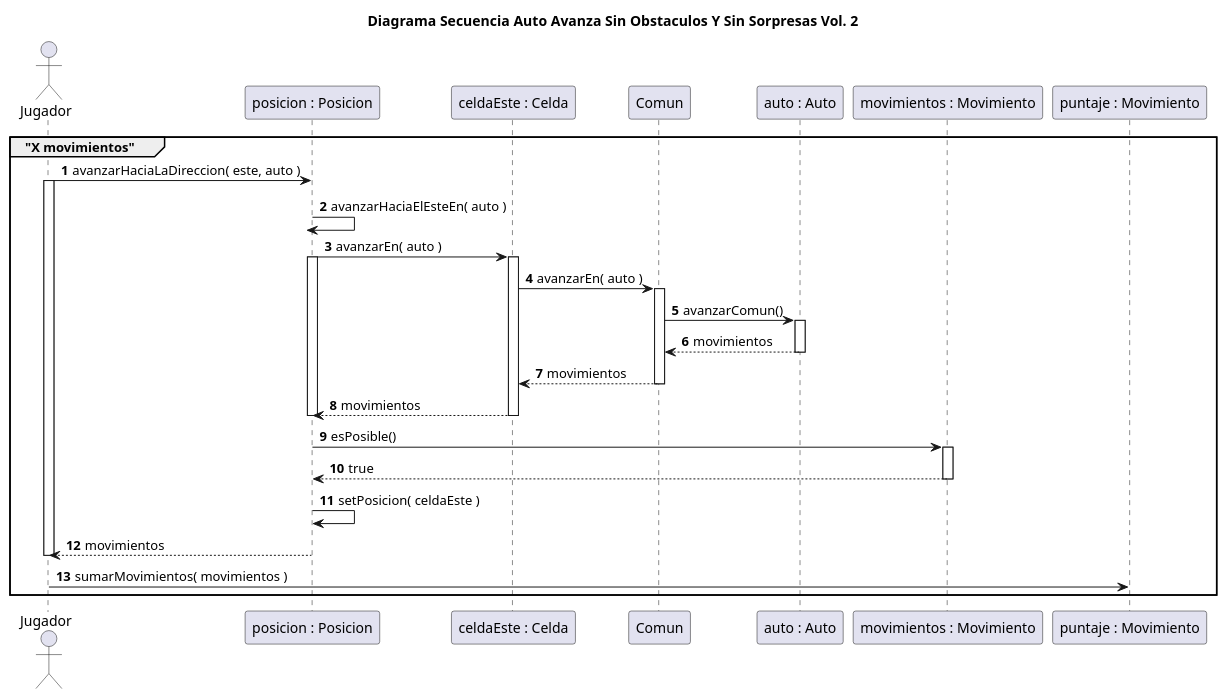
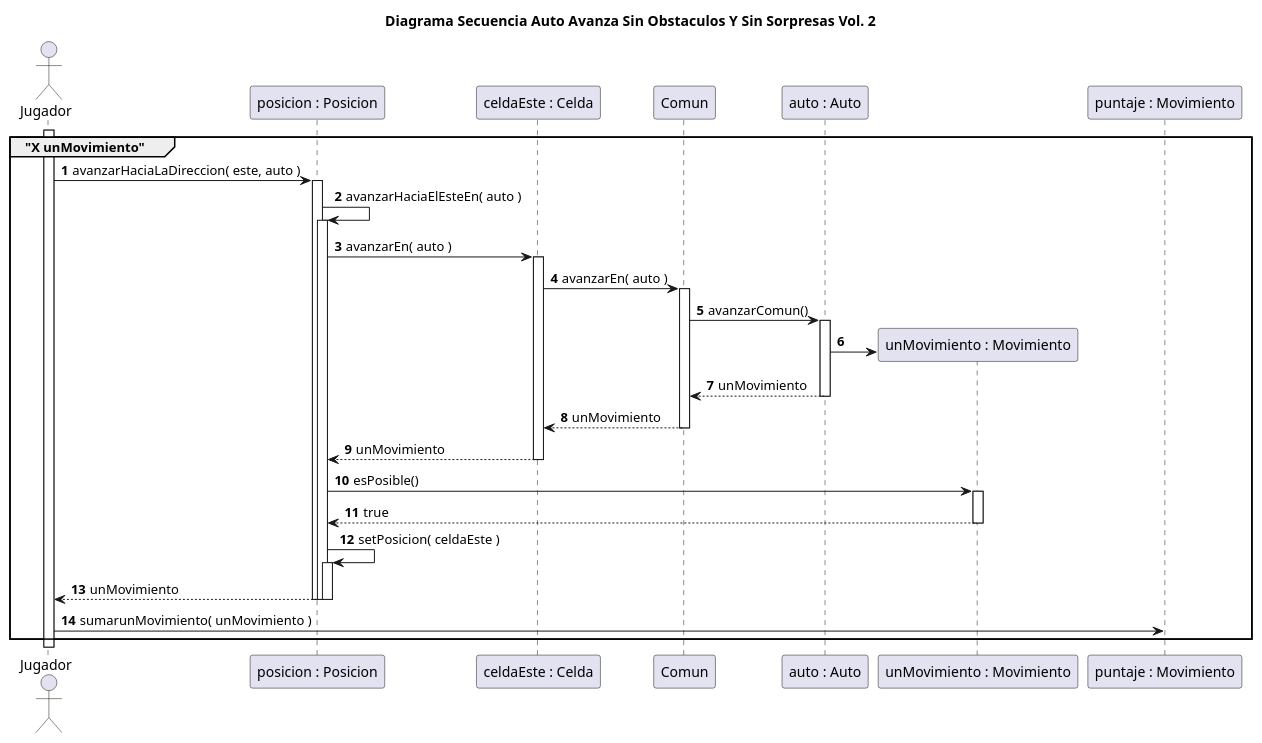
Before and after one commit to rodrigovzq/algo3_tp2: the diagram in diagrams/borradores/DiagramaSequenciaCasoSinObstaculosSinSorpresas_v2.puml, drawn with PlantUML.

Commit message:
Actualizacion Diagrama Secuencia sin obs ni sorpresas

```diff
--- a/diagrams/borradores/DiagramaSequenciaCasoSinObstaculosSinSorpresas_v2.puml
+++ b/diagrams/borradores/DiagramaSequenciaCasoSinObstaculosSinSorpresas_v2.puml
@@ -1,44 +1,45 @@
 @startuml
 title Diagrama Secuencia Auto Avanza Sin Obstaculos Y Sin Sorpresas Vol. 2
 autonumber
 actor Jugador
 
-group "X movimientos"
-Jugador -> "posicion : Posicion": avanzarHaciaLaDireccion( este, auto )
+group "X unMovimiento"
+activate Jugador
 
-activate Jugador
-"posicion : Posicion" -> "posicion : Posicion": avanzarHaciaElEsteEn( auto )
+Jugador -> "posicion : Posicion"++: avanzarHaciaLaDireccion( este, auto )
 
-deactivate "posicion : Posicion"
+"posicion : Posicion" -> "posicion : Posicion"++: avanzarHaciaElEsteEn( auto )
+
 "posicion : Posicion" -> "celdaEste : Celda"++: avanzarEn( auto )
 
-activate "posicion : Posicion"
 "celdaEste : Celda" -> Comun++: avanzarEn( auto )
 Comun -> "auto : Auto"++: avanzarComun()
-"auto : Auto" --> Comun: movimientos
+create "unMovimiento : Movimiento"
+"auto : Auto" -> "unMovimiento : Movimiento"
+"auto : Auto" --> Comun: unMovimiento
 deactivate "auto : Auto"
-Comun --> "celdaEste : Celda": movimientos
+Comun --> "celdaEste : Celda": unMovimiento
 deactivate Comun
-"celdaEste : Celda" --> "posicion : Posicion": movimientos
+"celdaEste : Celda" --> "posicion : Posicion": unMovimiento
 deactivate "celdaEste : Celda"
-deactivate "posicion : Posicion"
 
 'Viola el TellDontAsk, pero no es la solucion final.
 'Es para chequear que el movimiento es posible, por ejemplo,
 'cuando queres pasar por un piquete con un auto. No debemos actualizar
 'la posicion, ya que no podemos avanzar.
 
 ' Además planteado así, deberíamos hacerlo en cada metodo de avanzar
 'porque necesitamos saber que celda es nuestra proxima posicion.
-"movimientos : Movimiento" <- "posicion : Posicion"++: esPosible()
-"movimientos : Movimiento" --> "posicion : Posicion": true
-deactivate "movimientos : Movimiento"
-"posicion : Posicion" -> "posicion : Posicion": setPosicion( celdaEste )
+"unMovimiento : Movimiento" <- "posicion : Posicion"++: esPosible()
+"unMovimiento : Movimiento" --> "posicion : Posicion": true
+deactivate "unMovimiento : Movimiento"
+"posicion : Posicion" -> "posicion : Posicion"++: setPosicion( celdaEste )
 
-"posicion : Posicion" --> Jugador: movimientos
+"posicion : Posicion" --> Jugador--: unMovimiento
+deactivate "posicion : Posicion"
+deactivate "posicion : Posicion"
 
-deactivate Jugador
-Jugador -> "puntaje : Movimiento": sumarMovimientos( movimientos )
+Jugador -> "puntaje : Movimiento": sumarunMovimiento( unMovimiento )
 end
 
 @enduml
```
